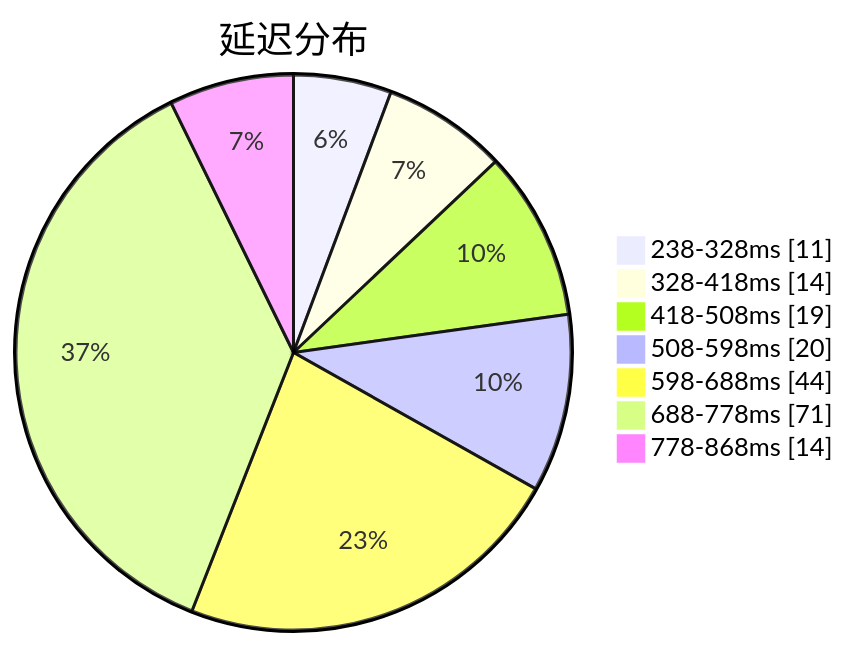
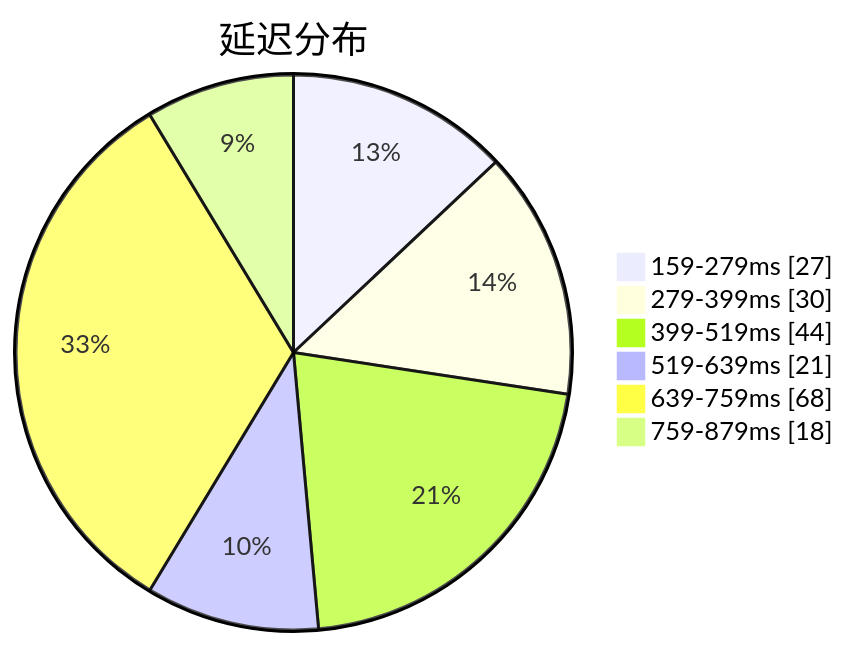
Before and after one commit to qjlxg/airport: the first of 3 diagrams in subs/statistics/tested_within.md, drawn with Mermaid. The commit also changed other lines of this file and 2 other files, not shown here.

````diff
--- a/subs/statistics/tested_within.md
+++ b/subs/statistics/tested_within.md
@@ -2,11 +2,10 @@
 ```mermaid
 pie showData
 title 延迟分布
-"238-328ms" : 11
-"328-418ms" : 14
-"418-508ms" : 19
-"508-598ms" : 20
-"598-688ms" : 44
-"688-778ms" : 71
-"778-868ms" : 14
+"159-279ms" : 27
+"279-399ms" : 30
+"399-519ms" : 44
+"519-639ms" : 21
+"639-759ms" : 68
+"759-879ms" : 18
 ```
````
